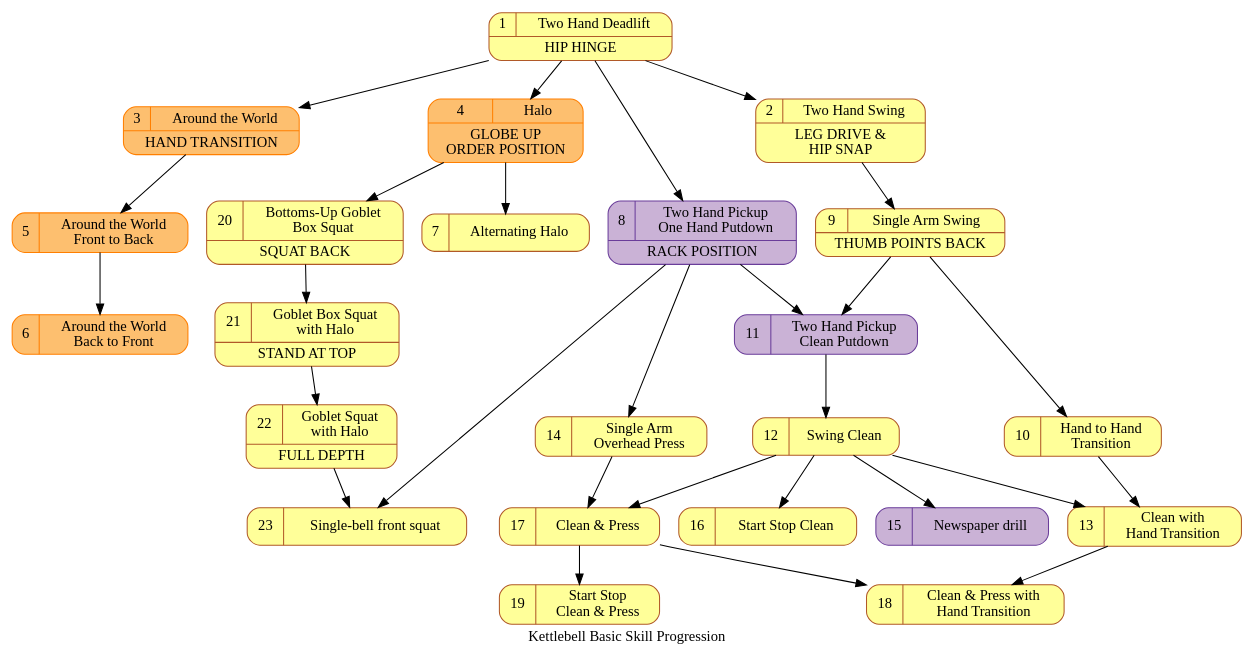
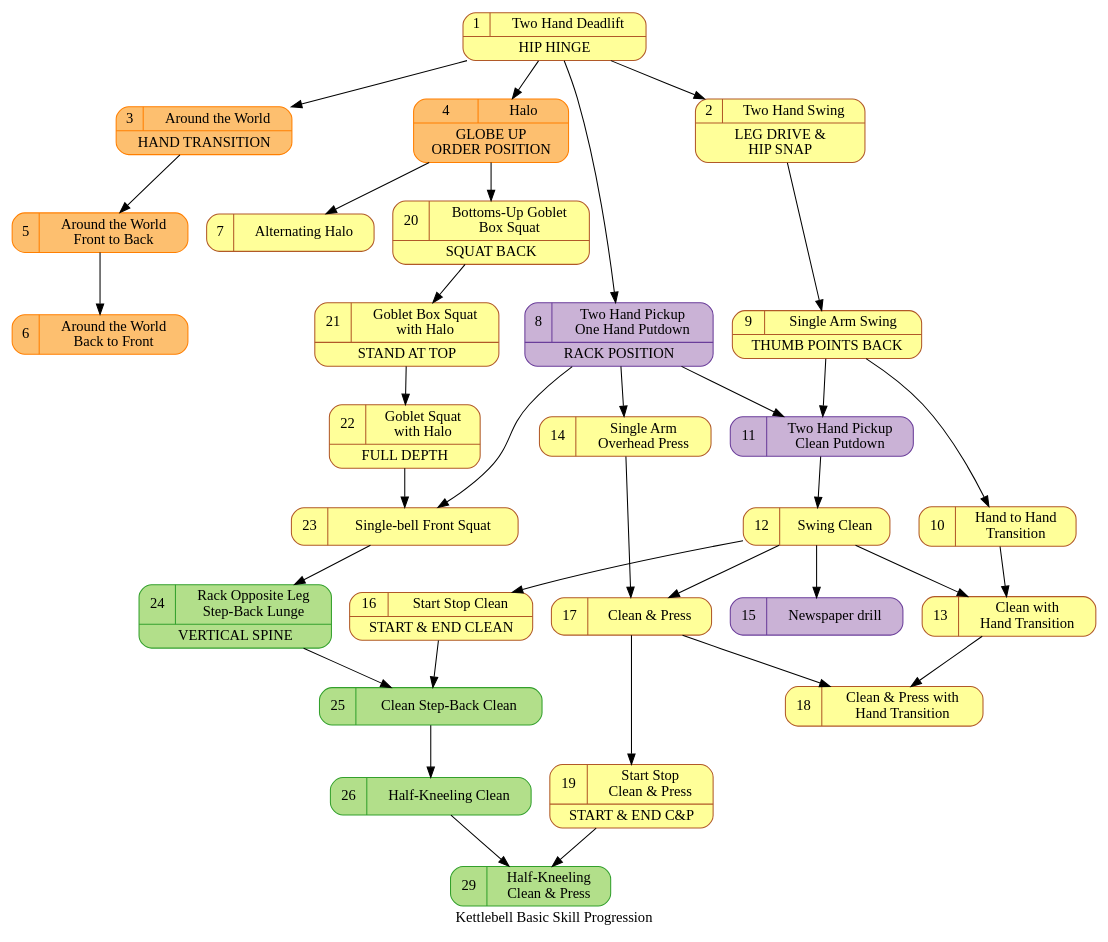
The diagram in kb_basic_progression.gv (dznz/wildman-skill-trees), drawn with Graphviz before and after one commit. The commit also changed 1 other file, not shown here.

Commit message:
feat(kb_basic_progression): point to next steps
Rather than continue to build up the complexity of the basic
progression, the plan is to split off into a second diagram that covers
the TGU skills that are developed from KB-24 on. I'm including four of
these with different colourings so that it's easy to track from one
diagram to another.

Also:
- Note what the start stop drills achieve and why they are important
  for subsequent drills

```diff
--- a/kb_basic_progression.gv
+++ b/kb_basic_progression.gv
@@ -1,73 +1,93 @@
 digraph kb_progression {
   // Kettlebell Basic Skill Progression Diagram © 2023
   // by dznz using knowledge from Mark Wildman is licensed
   // under CC BY-NC-SA 4.0 
   // http://creativecommons.org/licenses/by-nc-sa/4.0/
   label="Kettlebell Basic Skill Progression"
   node [colorscheme="paired12"]
   node [shape=record]
   node [style="rounded,filled"]
   node [color=12, fillcolor=11]
 
   subgraph warmup {
     node [color=8, fillcolor=7]
     mov_atw; mov_halo, mov_atwf2b, mov_atwb2f
   }
 
   subgraph aux {
     node [color=10, fillcolor=9]
     mov_2hu1hd; mov_2hucleandown; mov_news;
   }
+
+  subgraph post {
+    node [color=4, fillcolor=3]
+    mov_racklunge
+    mov_clean2sblunge
+    mov_halfkneelclean
+    mov_halfkneelcap
+  }
   
   mov_deadlift [label="{{1|Two Hand Deadlift}|HIP HINGE}" URL="https://www.youtube.com/watch?v=x0XkmM34BPI&list=PLk4oYPJ7TXKhX8YqA2AVrfgs_pEF6p7KA&index=1"];
   mov_swing [label="{{2|Two Hand Swing}|LEG DRIVE &\nHIP SNAP}" URL="https://www.youtube.com/watch?v=m-S9H2XVvYg&list=PLk4oYPJ7TXKhX8YqA2AVrfgs_pEF6p7KA&index=2"]
   mov_atw [label="{{3|Around the World}|HAND TRANSITION}" URL="https://www.youtube.com/watch?v=XaegZzSbtr0&list=PLk4oYPJ7TXKhX8YqA2AVrfgs_pEF6p7KA&index=3"]
   mov_halo [label="{{4|Halo}|GLOBE UP\nORDER POSITION}" URL="https://www.youtube.com/watch?v=25xdtjbFPtw&list=PLk4oYPJ7TXKhX8YqA2AVrfgs_pEF6p7KA&index=4"]
   mov_atwf2b [label="5|Around the World\nFront to Back" URL="https://www.youtube.com/watch?v=TwlQQXAQpaQ&list=PLk4oYPJ7TXKhX8YqA2AVrfgs_pEF6p7KA&index=5"]
   mov_atwb2f [label="6|Around the World\nBack to Front" URL="https://www.youtube.com/watch?v=GrRO00YOIWM&list=PLk4oYPJ7TXKhX8YqA2AVrfgs_pEF6p7KA&index=6"]
   mov_althalo [label="7|Alternating Halo" URL="https://www.youtube.com/watch?v=SMpquy5zSL4&list=PLk4oYPJ7TXKhX8YqA2AVrfgs_pEF6p7KA&index=7"]
   mov_2hu1hd [label="{{8|Two Hand Pickup\nOne Hand Putdown}|RACK POSITION}" URL="https://www.youtube.com/watch?v=eMkDP9VmMc0&list=PLk4oYPJ7TXKhX8YqA2AVrfgs_pEF6p7KA&index=8"]
   mov_saswing [label="{{9|Single Arm Swing}|THUMB POINTS BACK}" URL="https://www.youtube.com/watch?v=ejPpyLKZ1L4&list=PLk4oYPJ7TXKhX8YqA2AVrfgs_pEF6p7KA&index=9"]
   mov_h2h [label="10|Hand to Hand\nTransition" URL="https://www.youtube.com/watch?v=0Uk0Rdm3QFs&list=PLk4oYPJ7TXKhX8YqA2AVrfgs_pEF6p7KA&index=10"]
   mov_2hucleandown [label="11|Two Hand Pickup\nClean Putdown" URL="https://www.youtube.com/watch?v=cQC2y-ByaAw&list=PLk4oYPJ7TXKhX8YqA2AVrfgs_pEF6p7KA&index=11"]
   mov_clean [label="12|Swing Clean" URL="https://www.youtube.com/watch?v=_nIsSXWs5iU&list=PLk4oYPJ7TXKhX8YqA2AVrfgs_pEF6p7KA&index=12"]
   mov_cleanh2h [label="13|Clean with\nHand Transition" URL="https://www.youtube.com/watch?v=6TVqHl2gtuM&list=PLk4oYPJ7TXKhX8YqA2AVrfgs_pEF6p7KA&index=13"]
   mov_press [label="14|Single Arm\nOverhead Press" URL="https://www.youtube.com/watch?v=XHkI03S6Pls&list=PLk4oYPJ7TXKhX8YqA2AVrfgs_pEF6p7KA&index=14"]
   mov_news [label="15|Newspaper drill" URL="https://www.youtube.com/watch?v=htByOXjHLXE&list=PLk4oYPJ7TXKhX8YqA2AVrfgs_pEF6p7KA&index=15"]
-  mov_startstopclean [label="16|Start Stop Clean" URL="https://www.youtube.com/watch?v=XbK3jxI0WNQ&list=PLk4oYPJ7TXKhX8YqA2AVrfgs_pEF6p7KA&index=16"]
+  mov_startstopclean [label="{{16|Start Stop Clean}|START & END CLEAN}" URL="https://www.youtube.com/watch?v=XbK3jxI0WNQ&list=PLk4oYPJ7TXKhX8YqA2AVrfgs_pEF6p7KA&index=16"]
   mov_cap [label="17|Clean & Press" URL="https://www.youtube.com/watch?v=SSxB3m5qRas&list=PLk4oYPJ7TXKhX8YqA2AVrfgs_pEF6p7KA&index=17"]
   mov_caph2h [label="18|Clean & Press with\nHand Transition" URL="https://www.youtube.com/watch?v=5Q4vMOYvAGg&list=PLk4oYPJ7TXKhX8YqA2AVrfgs_pEF6p7KA&index=18"]
-  mov_startstopcap [label="19|Start Stop\nClean & Press" URL="https://www.youtube.com/watch?v=dSj3kqbuois&list=PLk4oYPJ7TXKhX8YqA2AVrfgs_pEF6p7KA&index=19"]
+  mov_startstopcap [label="{{19|Start Stop\nClean & Press}|START & END C&P}" URL="https://www.youtube.com/watch?v=dSj3kqbuois&list=PLk4oYPJ7TXKhX8YqA2AVrfgs_pEF6p7KA&index=19"]
   mov_gobboxsquat [label="{{20|Bottoms-Up Goblet\nBox Squat}|SQUAT BACK}" URL="https://www.youtube.com/watch?v=k5Bc7pkEmrU&list=PLk4oYPJ7TXKhX8YqA2AVrfgs_pEF6p7KA&index=20"]
   mov_boxsquathalo [label="{{21|Goblet Box Squat\nwith Halo}|STAND AT TOP}" URL="https://www.youtube.com/watch?v=Aik5-BStbnc&list=PLk4oYPJ7TXKhX8YqA2AVrfgs_pEF6p7KA&index=21"]
   mov_gobsquathalo [label="{{22|Goblet Squat\nwith Halo}|FULL DEPTH}" URL="https://www.youtube.com/watch?v=cnZ8Mx8NQPE&list=PLk4oYPJ7TXKhX8YqA2AVrfgs_pEF6p7KA&index=22"]
-  mov_racksquat [label="{{23|Single-bell front squat}}" URL="https://www.youtube.com/watch?v=KTDVl0Lkdc4&list=PLk4oYPJ7TXKhX8YqA2AVrfgs_pEF6p7KA&index=23"]
+  mov_racksquat [label="{{23|Single-bell Front Squat}}" URL="https://www.youtube.com/watch?v=KTDVl0Lkdc4&list=PLk4oYPJ7TXKhX8YqA2AVrfgs_pEF6p7KA&index=23"]
+
+  // Next skills
+  mov_racklunge [label="{{24|Rack Opposite Leg\nStep-Back Lunge}|VERTICAL SPINE}" URL="https://www.youtube.com/watch?v=KTDVl0Lkdc4&list=PLk4oYPJ7TXKhX8YqA2AVrfgs_pEF6p7KA&index=24"]
+  mov_clean2sblunge [label="{{25|Clean Step-Back Clean}}" URL="https://www.youtube.com/watch?v=KTDVl0Lkdc4&list=PLk4oYPJ7TXKhX8YqA2AVrfgs_pEF6p7KA&index=25"]
+  mov_halfkneelclean [label="{{26|Half-Kneeling Clean}}" URL="https://www.youtube.com/watch?v=KTDVl0Lkdc4&list=PLk4oYPJ7TXKhX8YqA2AVrfgs_pEF6p7KA&index=26"]
+  mov_halfkneelcap [label="{{29|Half-Kneeling\nClean & Press}}" URL="https://www.youtube.com/watch?v=KTDVl0Lkdc4&list=PLk4oYPJ7TXKhX8YqA2AVrfgs_pEF6p7KA&index=29"]
 
   mov_deadlift -> mov_swing;
   mov_deadlift -> mov_atw;
   mov_deadlift -> mov_halo;
   mov_atw -> mov_atwf2b;
   mov_atwf2b -> mov_atwb2f;
   mov_halo -> mov_althalo;
   mov_deadlift -> mov_2hu1hd;
   mov_swing -> mov_saswing;
   mov_saswing -> mov_h2h;
   mov_2hu1hd -> mov_2hucleandown;
   mov_saswing -> mov_2hucleandown;
   mov_2hucleandown -> mov_clean;
   mov_clean -> mov_cleanh2h;
   mov_h2h -> mov_cleanh2h;
   mov_2hu1hd -> mov_press;
   mov_clean -> mov_news;
   mov_clean -> mov_startstopclean;
   mov_clean -> mov_cap;
   mov_press -> mov_cap;
   mov_cap -> mov_caph2h;
   mov_cleanh2h -> mov_caph2h;
   mov_cap -> mov_startstopcap;
   mov_halo -> mov_gobboxsquat;
   mov_gobboxsquat -> mov_boxsquathalo;
   mov_boxsquathalo -> mov_gobsquathalo;
   mov_gobsquathalo -> mov_racksquat;
   mov_2hu1hd -> mov_racksquat;
+  mov_racksquat -> mov_racklunge;
+  mov_racklunge -> mov_clean2sblunge;
+  mov_startstopclean -> mov_clean2sblunge;
+  mov_clean2sblunge -> mov_halfkneelclean;
+  mov_startstopcap -> mov_halfkneelcap;
+  mov_halfkneelclean -> mov_halfkneelcap;
 }
```
